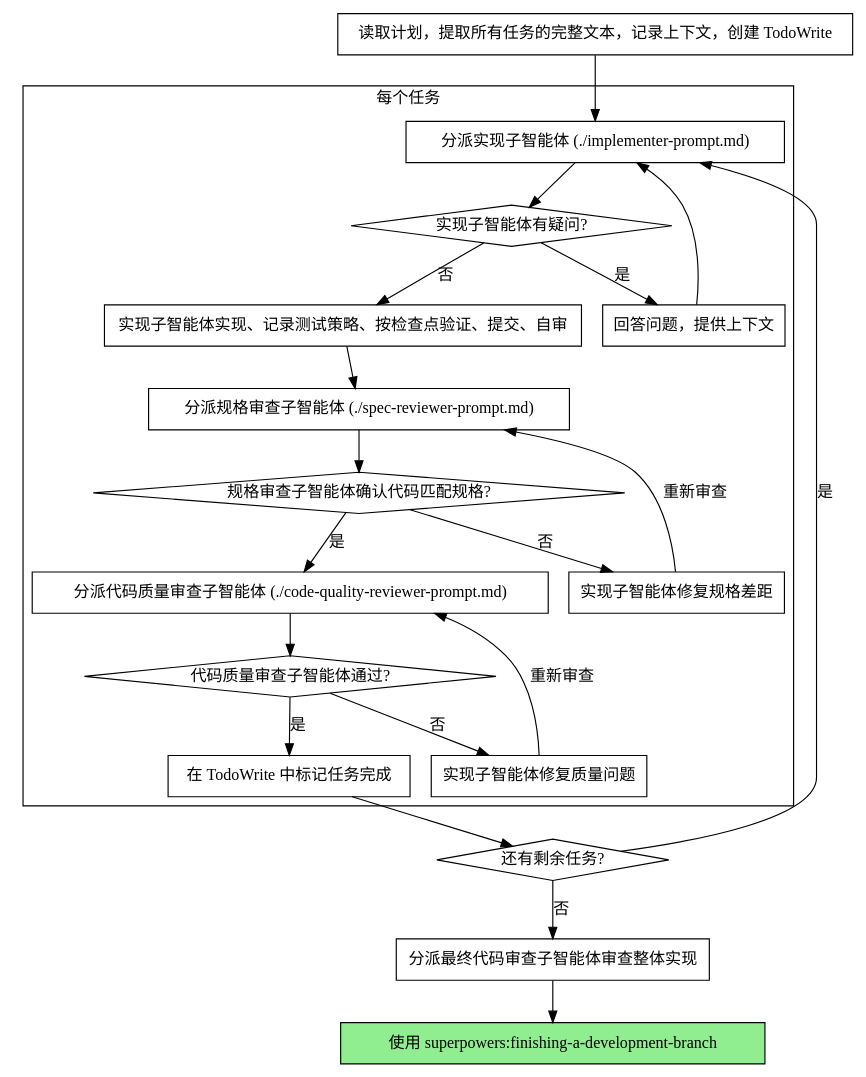
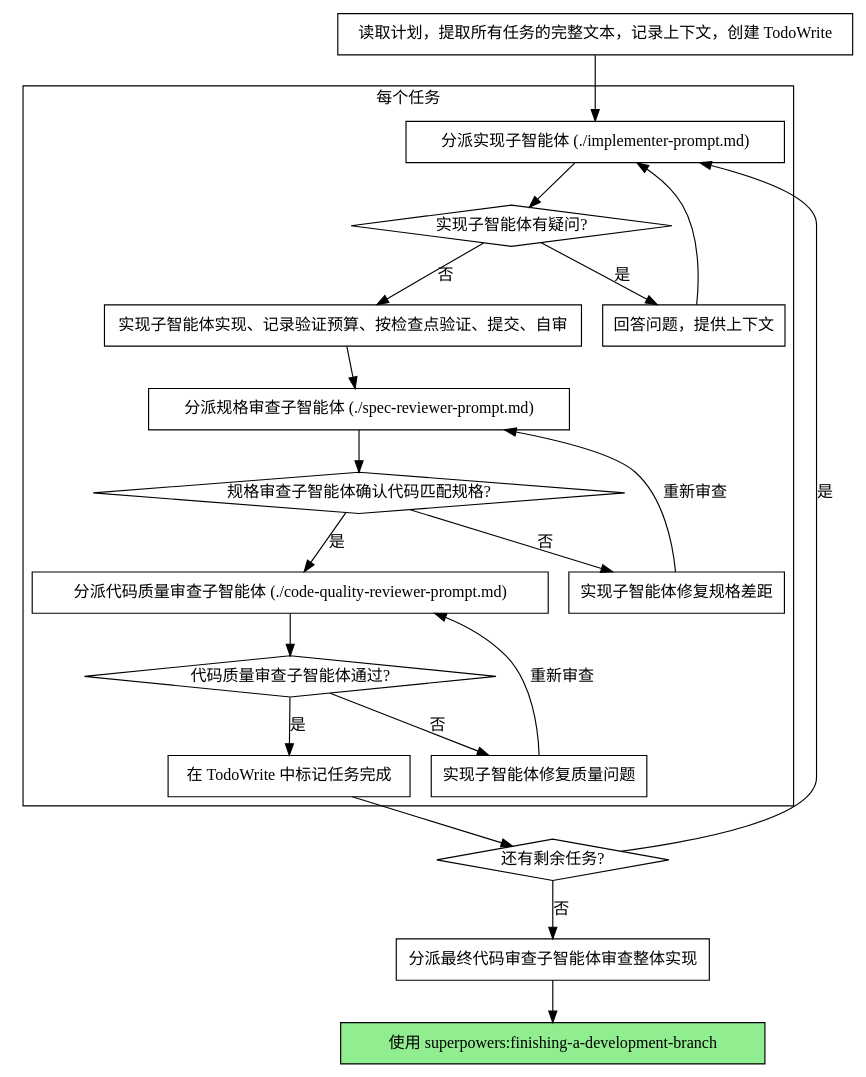
Before and after one commit to lzlQWQ/superpowers-zh-custom: the second of 2 diagrams in skills/subagent-driven-development/SKILL.md, drawn with Graphviz. The commit also changed other lines of this file and 22 other files, not shown here.

````diff
--- a/skills/subagent-driven-development/SKILL.md
+++ b/skills/subagent-driven-development/SKILL.md
@@ -48,44 +48,44 @@
 ```dot
 digraph process {
     rankdir=TB;
 
     subgraph cluster_per_task {
         label="每个任务";
         "分派实现子智能体 (./implementer-prompt.md)" [shape=box];
         "实现子智能体有疑问?" [shape=diamond];
         "回答问题，提供上下文" [shape=box];
-        "实现子智能体实现、记录测试策略、按检查点验证、提交、自审" [shape=box];
+        "实现子智能体实现、记录验证预算、按检查点验证、提交、自审" [shape=box];
         "分派规格审查子智能体 (./spec-reviewer-prompt.md)" [shape=box];
         "规格审查子智能体确认代码匹配规格?" [shape=diamond];
         "实现子智能体修复规格差距" [shape=box];
         "分派代码质量审查子智能体 (./code-quality-reviewer-prompt.md)" [shape=box];
         "代码质量审查子智能体通过?" [shape=diamond];
         "实现子智能体修复质量问题" [shape=box];
         "在 TodoWrite 中标记任务完成" [shape=box];
     }
 
     "读取计划，提取所有任务的完整文本，记录上下文，创建 TodoWrite" [shape=box];
     "还有剩余任务?" [shape=diamond];
     "分派最终代码审查子智能体审查整体实现" [shape=box];
     "使用 superpowers:finishing-a-development-branch" [shape=box style=filled fillcolor=lightgreen];
 
     "读取计划，提取所有任务的完整文本，记录上下文，创建 TodoWrite" -> "分派实现子智能体 (./implementer-prompt.md)";
     "分派实现子智能体 (./implementer-prompt.md)" -> "实现子智能体有疑问?";
     "实现子智能体有疑问?" -> "回答问题，提供上下文" [label="是"];
     "回答问题，提供上下文" -> "分派实现子智能体 (./implementer-prompt.md)";
-    "实现子智能体有疑问?" -> "实现子智能体实现、记录测试策略、按检查点验证、提交、自审" [label="否"];
-    "实现子智能体实现、记录测试策略、按检查点验证、提交、自审" -> "分派规格审查子智能体 (./spec-reviewer-prompt.md)";
+    "实现子智能体有疑问?" -> "实现子智能体实现、记录验证预算、按检查点验证、提交、自审" [label="否"];
+    "实现子智能体实现、记录验证预算、按检查点验证、提交、自审" -> "分派规格审查子智能体 (./spec-reviewer-prompt.md)";
     "分派规格审查子智能体 (./spec-reviewer-prompt.md)" -> "规格审查子智能体确认代码匹配规格?";
     "规格审查子智能体确认代码匹配规格?" -> "实现子智能体修复规格差距" [label="否"];
     "实现子智能体修复规格差距" -> "分派规格审查子智能体 (./spec-reviewer-prompt.md)" [label="重新审查"];
     "规格审查子智能体确认代码匹配规格?" -> "分派代码质量审查子智能体 (./code-quality-reviewer-prompt.md)" [label="是"];
     "分派代码质量审查子智能体 (./code-quality-reviewer-prompt.md)" -> "代码质量审查子智能体通过?";
     "代码质量审查子智能体通过?" -> "实现子智能体修复质量问题" [label="否"];
     "实现子智能体修复质量问题" -> "分派代码质量审查子智能体 (./code-quality-reviewer-prompt.md)" [label="重新审查"];
     "代码质量审查子智能体通过?" -> "在 TodoWrite 中标记任务完成" [label="是"];
     "在 TodoWrite 中标记任务完成" -> "还有剩余任务?";
     "还有剩余任务?" -> "分派实现子智能体 (./implementer-prompt.md)" [label="是"];
     "还有剩余任务?" -> "分派最终代码审查子智能体审查整体实现" [label="否"];
     "分派最终代码审查子智能体审查整体实现" -> "使用 superpowers:finishing-a-development-branch";
 }
 ```
````
